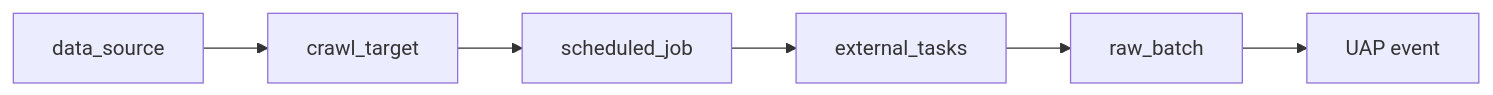
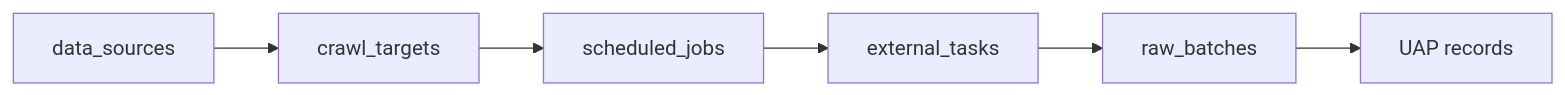
One commit to smap-hcmut/ingest-srv changed the first of 5 diagrams in README.md. Above: the diagram before and after it, drawn with Mermaid. The commit also changed other lines of this file and 2 other files, not shown here.

````diff
--- a/README.md
+++ b/README.md
@@ -338,8 +80,8 @@
 ```mermaid
 flowchart LR
-    DS[data_source] --> CT[crawl_target]
-    CT --> SJ[scheduled_job]
+    DS[data_sources] --> CT[crawl_targets]
+    CT --> SJ[scheduled_jobs]
     SJ --> ET[external_tasks]
-    ET --> RB[raw_batch]
-    RB --> UAP[UAP event]
+    ET --> RB[raw_batches]
+    RB --> UAP[UAP records]
 ```
````
